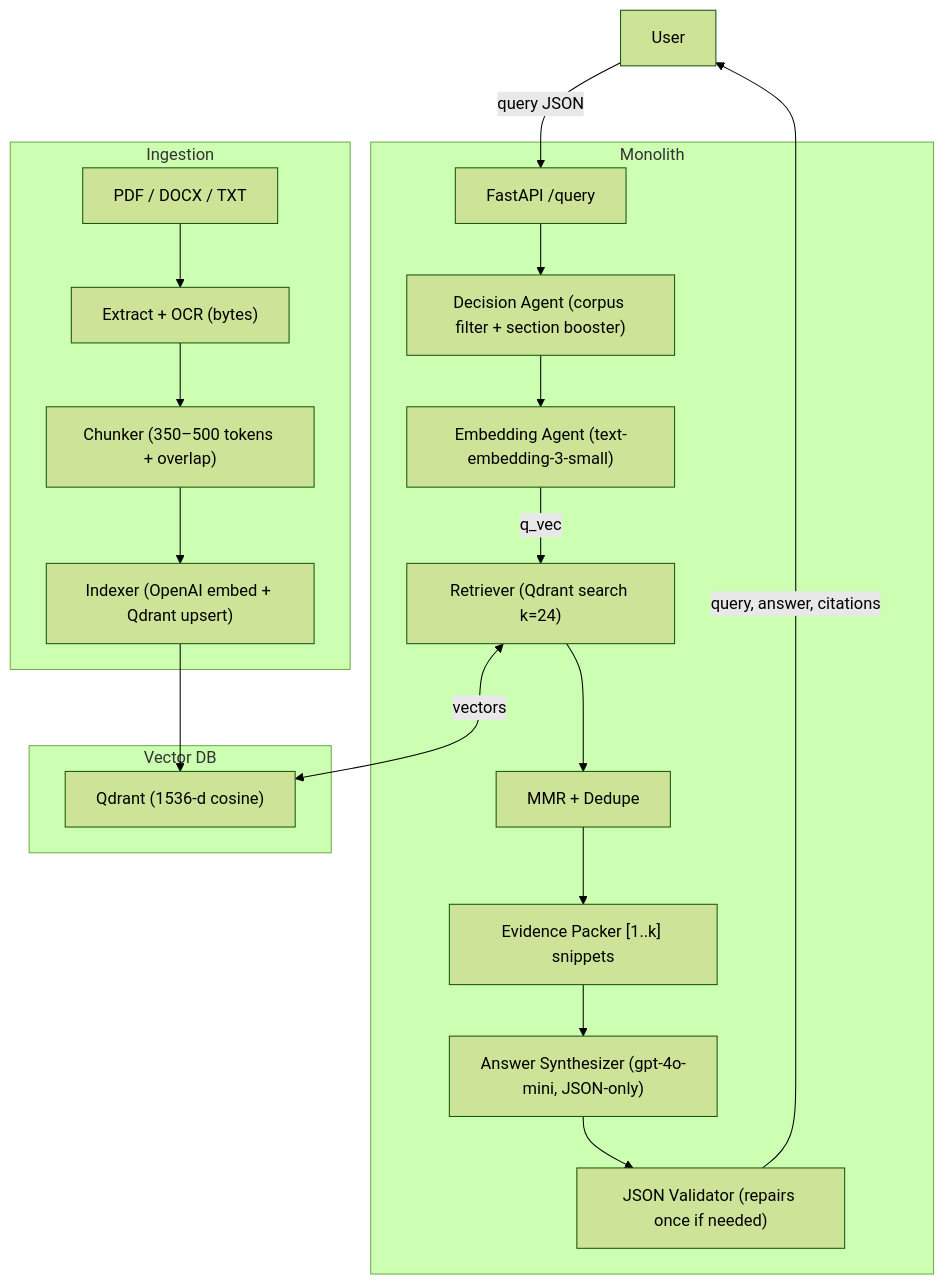
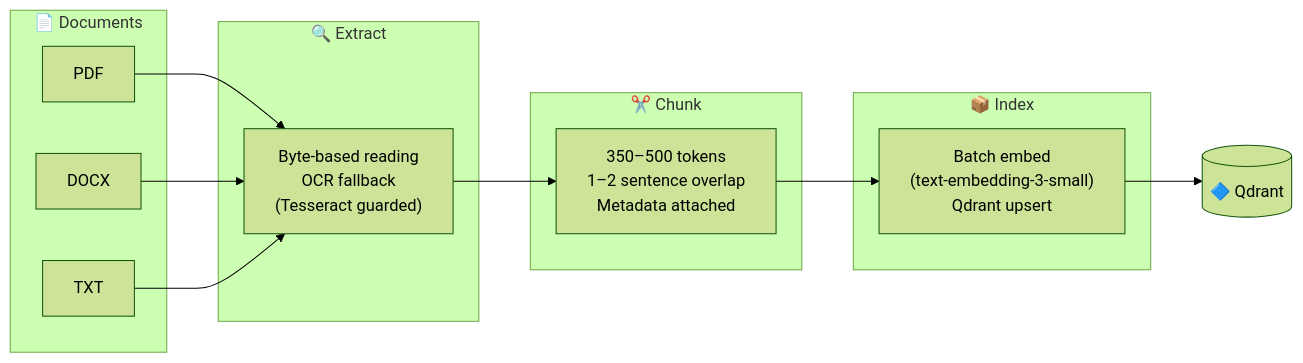
One commit to uditauniyal/legal-mvp changed the tenth of 12 diagrams in README.md. Above: the diagram before and after it, drawn with Mermaid (forest theme). The commit also changed other lines of this file, not shown here.

````diff
--- a/README.md
+++ b/README.md
@@ -40,30 +507,20 @@
 ```mermaid
-flowchart TD
-  U[User] -->|"query JSON"| API[FastAPI /query]
-  subgraph Monolith
-    API --> DEC["Decision Agent (corpus filter + section booster)"]
-    DEC --> EMB["Embedding Agent (text-embedding-3-small)"]
-    EMB -->|"q_vec"| RET["Retriever (Qdrant search k=24)"]
-    RET --> MMR["MMR + Dedupe"]
-    MMR --> PACK["Evidence Packer [1..k] snippets"]
-    PACK --> LLM["Answer Synthesizer (gpt-4o-mini, JSON-only)"]
-    LLM --> VAL["JSON Validator (repairs once if needed)"]
-  end
+flowchart LR
+    subgraph Input["📄 Documents"]
+        PDF["PDF"] & DOCX["DOCX"] & TXT["TXT"]
+    end
 
-  subgraph VectorDB["Vector DB"]
-    QD["Qdrant (1536-d cosine)"]
-  end
+    subgraph Extract["🔍 Extract"]
+        E["Byte-based reading<br/>OCR fallback<br/>(Tesseract guarded)"]
+    end
 
-  RET <-->|"vectors"| QD
+    subgraph Chunk["✂️ Chunk"]
+        C["350–500 tokens<br/>1–2 sentence overlap<br/>Metadata attached"]
+    end
 
-  subgraph Ingestion
-    UPLOAD["PDF / DOCX / TXT"]
-    UPLOAD --> EX["Extract + OCR (bytes)"]
-    EX --> CH["Chunker (350–500 tokens + overlap)"]
-    CH --> IE["Indexer (OpenAI embed + Qdrant upsert)"]
-    IE --> QD
-  end
+    subgraph Index["📦 Index"]
+        I["Batch embed<br/>(text-embedding-3-small)<br/>Qdrant upsert"]
+    end
 
-  VAL -->|"query, answer, citations"| U
-
+    PDF & DOCX & TXT --> E --> C --> I --> QD[("🔷 Qdrant")]
 ```
````
